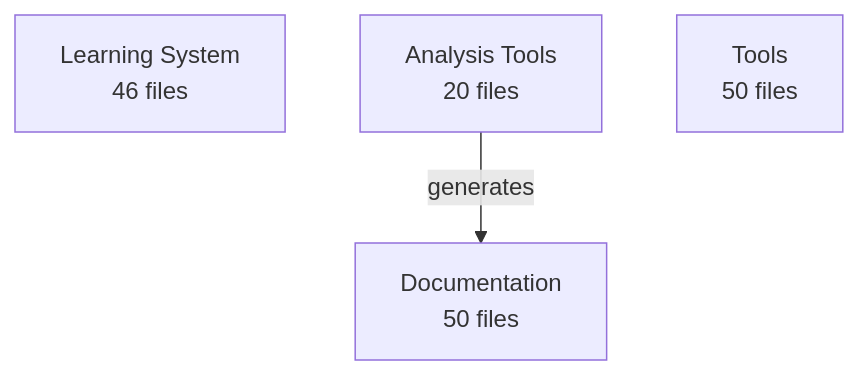
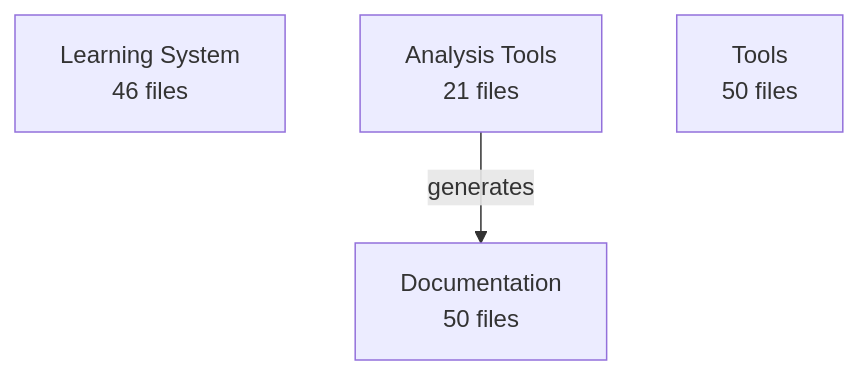
One commit to enufacas/Chained changed the diagram in analysis/architecture/architecture.mmd. Above: the diagram before and after it, drawn with Mermaid. The commit also changed 6 other files, not shown here.

First line of the commit message:
🏗️ Update architecture evolution tracking

```diff
--- a/analysis/architecture/architecture.mmd
+++ b/analysis/architecture/architecture.mmd
@@ -1,6 +1,6 @@
 graph TD
     learning_system[Learning System<br/>46 files]
-    analysis_tools[Analysis Tools<br/>20 files]
+    analysis_tools[Analysis Tools<br/>21 files]
     documentation[Documentation<br/>50 files]
     tools[Tools<br/>50 files]
     analysis_tools -->|generates| documentation
```
